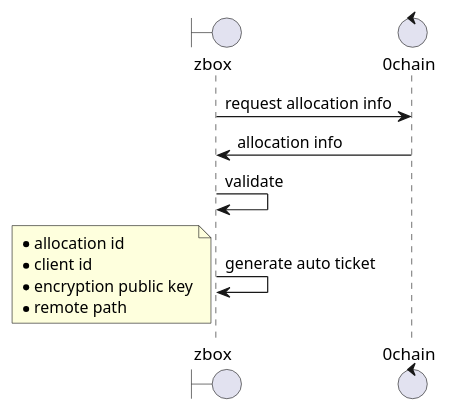
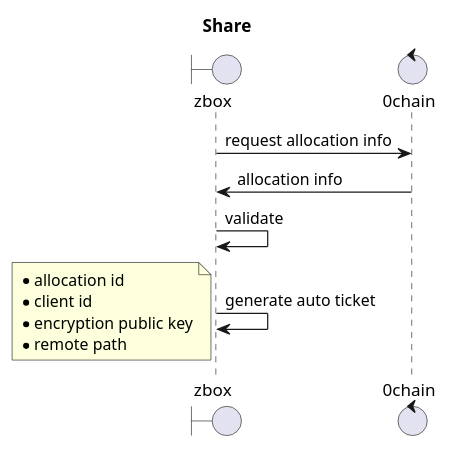
One commit to 0chain/zboxcli changed the first of 20 diagrams in documents/uml.md. Above: the diagram before and after it, drawn with PlantUML. The commit also changed 1 other file, not shown here.

````diff
--- a/documents/uml.md
+++ b/documents/uml.md
@@ -1,14 +1,15 @@
 ```puml
+title Share
 boundary zbox 
 control 0chain
 zbox -> 0chain : request allocation info
 0chain -> zbox : allocation info
 zbox -> zbox : validate
 zbox -> zbox : generate auto ticket
 note left
     * allocation id
     * client id
     * encryption public key
     * remote path
 end note
 ```
````
